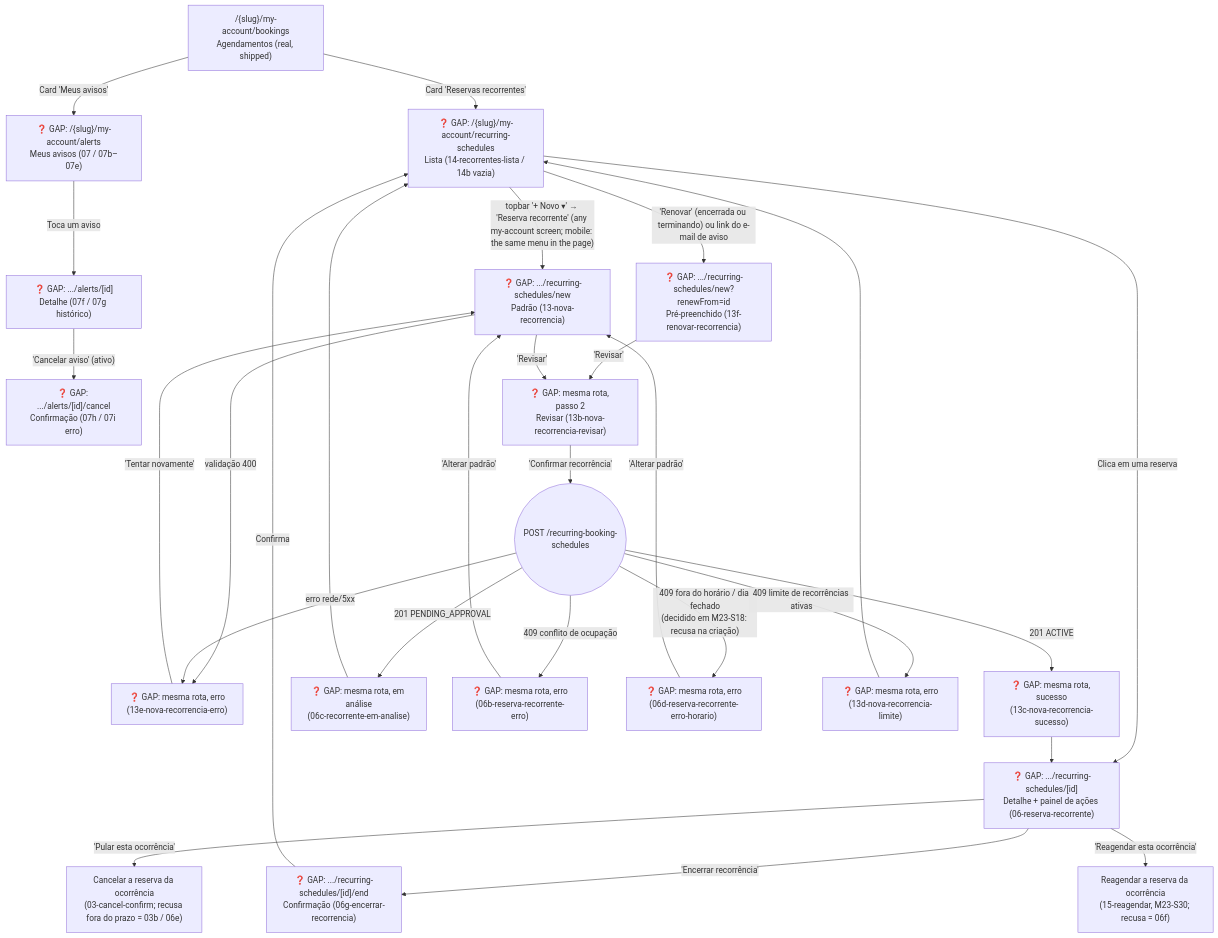
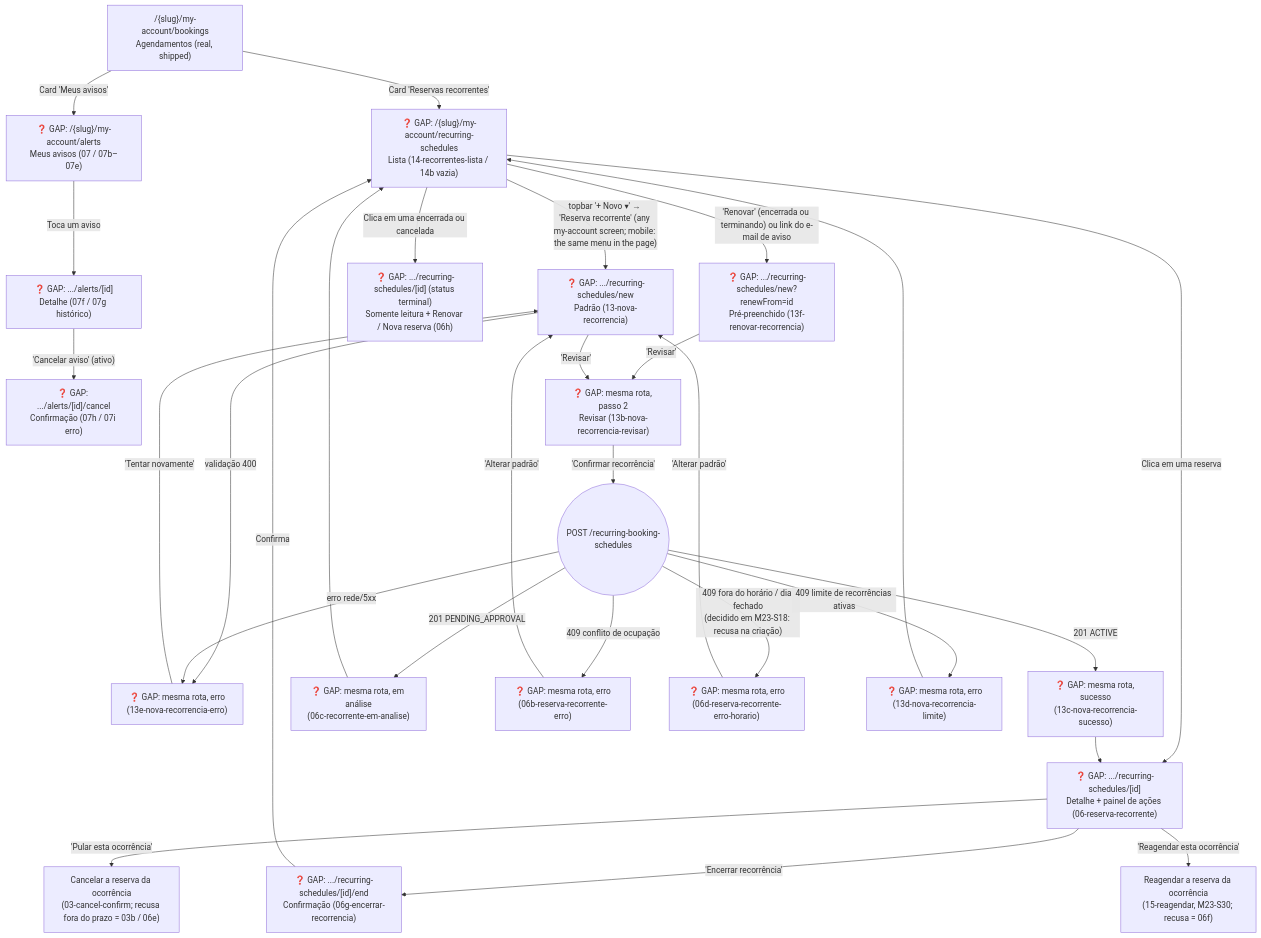
Before and after one commit to lmmoreira/ikaro: the fourth of 4 diagrams in plan/journey/customer/minha-conta.md, drawn with Mermaid. The commit also changed other lines of this file and 6 other files, not shown here.

````diff
--- a/plan/journey/customer/minha-conta.md
+++ b/plan/journey/customer/minha-conta.md
@@ -249,35 +250,36 @@
 ```mermaid
 flowchart TD
     classDef gap stroke:#f00,stroke-dasharray: 5 5,fill:#fee
 
     Agendamentos["/{slug}/my-account/bookings<br/>Agendamentos (real, shipped)"] -->|"Card 'Meus avisos'"| Avisos["❓ GAP: /{slug}/my-account/alerts<br/>Meus avisos (07 / 07b–07e)"]
     Avisos -->|"Toca um aviso"| AvisoDetalhe["❓ GAP: .../alerts/[id]<br/>Detalhe (07f / 07g histórico)"]
     AvisoDetalhe -->|"'Cancelar aviso' (ativo)"| AvisoCancelar["❓ GAP: .../alerts/[id]/cancel<br/>Confirmação (07h / 07i erro)"]
     Agendamentos -->|"Card 'Reservas recorrentes'"| Lista["❓ GAP: /{slug}/my-account/recurring-schedules<br/>Lista (14-recorrentes-lista / 14b vazia)"]
     Lista -->|"topbar '+ Novo ▾' → 'Reserva recorrente' (any my-account screen; mobile: the same menu in the page)"| Padrao["❓ GAP: .../recurring-schedules/new<br/>Padrão (13-nova-recorrencia)"]
     Lista -->|"'Renovar' (encerrada ou terminando) ou link do e-mail de aviso"| Renovar["❓ GAP: .../recurring-schedules/new?renewFrom=id<br/>Pré-preenchido (13f-renovar-recorrencia)"]
     Renovar -->|"'Revisar'"| Revisar
+    Lista -->|"Clica em uma encerrada ou cancelada"| Terminal["❓ GAP: .../recurring-schedules/[id] (status terminal)<br/>Somente leitura + Renovar / Nova reserva (06h)"]
     Lista -->|"Clica em uma reserva"| Gerenciar["❓ GAP: .../recurring-schedules/[id]<br/>Detalhe + painel de ações (06-reserva-recorrente)"]
     Gerenciar -->|"'Encerrar recorrência'"| Encerrar["❓ GAP: .../recurring-schedules/[id]/end<br/>Confirmação (06g-encerrar-recorrencia)"]
     Encerrar -->|"Confirma"| Lista
     Gerenciar -->|"'Pular esta ocorrência'"| PularOcc["Cancelar a reserva da ocorrência<br/>(03-cancel-confirm; recusa fora do prazo = 03b / 06e)"]
     Gerenciar -->|"'Reagendar esta ocorrência'"| ReagOcc["Reagendar a reserva da ocorrência<br/>(15-reagendar, M23-S30; recusa = 06f)"]
 
     Padrao -->|"'Revisar'"| Revisar["❓ GAP: mesma rota, passo 2<br/>Revisar (13b-nova-recorrencia-revisar)"]
     Padrao -->|"validação 400"| ErroForm["❓ GAP: mesma rota, erro<br/>(13e-nova-recorrencia-erro)"]
     Revisar -->|"'Confirmar recorrência'"| Envio(("POST /recurring-booking-schedules"))
 
     Envio -->|"201 ACTIVE"| Sucesso["❓ GAP: mesma rota, sucesso<br/>(13c-nova-recorrencia-sucesso)"]
     Envio -->|"201 PENDING_APPROVAL"| Analise["❓ GAP: mesma rota, em análise<br/>(06c-recorrente-em-analise)"]
     Envio -->|"409 conflito de ocupação"| Conflito["❓ GAP: mesma rota, erro<br/>(06b-reserva-recorrente-erro)"]
     Envio -->|"409 fora do horário / dia fechado<br/>(decidido em M23-S18: recusa na criação)"| ConflitoHorario["❓ GAP: mesma rota, erro<br/>(06d-reserva-recorrente-erro-horario)"]
     Envio -->|"409 limite de recorrências ativas"| Limite["❓ GAP: mesma rota, erro<br/>(13d-nova-recorrencia-limite)"]
     Envio -->|"erro rede/5xx"| ErroForm
 
     Sucesso --> Gerenciar
     Analise --> Lista
     Conflito -->|"'Alterar padrão'"| Padrao
     ConflitoHorario -->|"'Alterar padrão'"| Padrao
     Limite --> Lista
     ErroForm -->|"'Tentar novamente'"| Padrao
 ```
````
